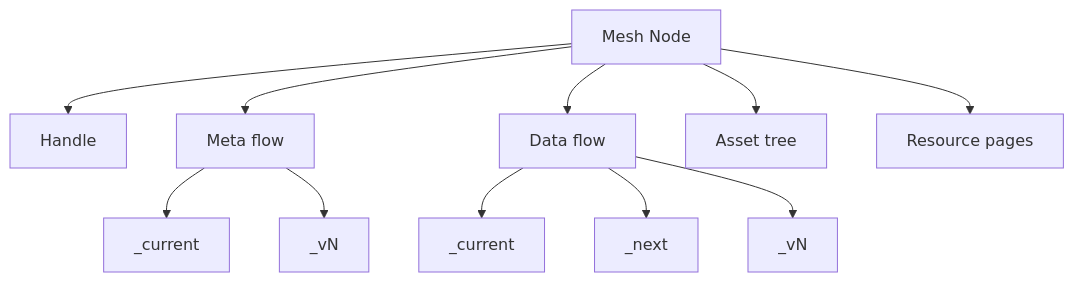
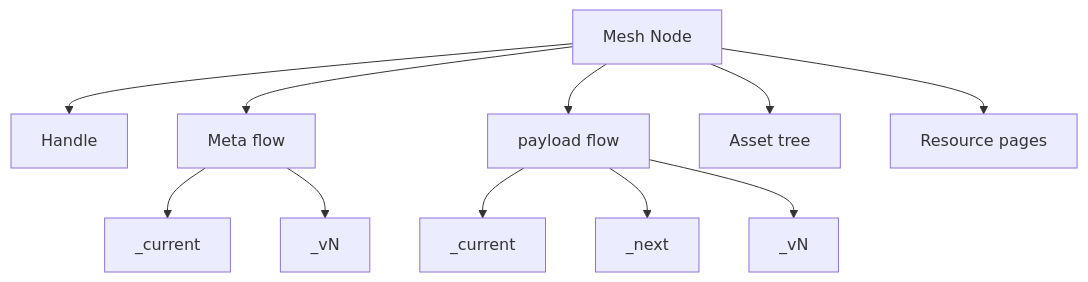
Before and after one commit to semantic-flow/sflo: the diagram in docs/data/notes/concept-summary.md, drawn with Mermaid. The commit also changed other lines of this file and 868 other files, not shown here.

````diff
--- a/docs/data/notes/concept-summary.md
+++ b/docs/data/notes/concept-summary.md
@@ -189,14 +190,14 @@
 ```mermaid
 graph TD
   A[Mesh Node] --> B[Handle]
   A --> C[Meta flow]
-  A --> E[Data flow]
+  A --> E[payload flow]
   A --> G[Asset tree]
   A --> H[Resource pages]
 
   C --> C1[_current]
   C --> C2[_vN]
   E --> E1[_current]
   E --> E2[_next]
   E --> E3[_vN]
 ```
````
